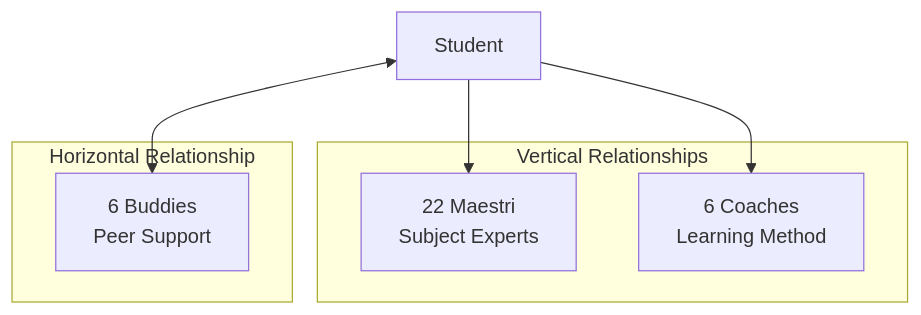
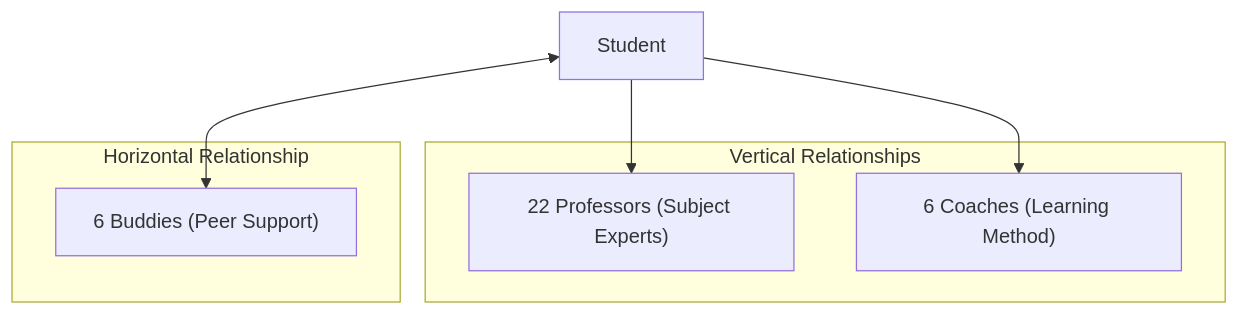
Before and after one commit to FightTheStroke/MirrorBuddy: diagram 14 of 50 in ARCHITECTURE-DIAGRAMS.md, drawn with Mermaid. The commit also changed other lines of this file, not shown here.

First line of the commit message:
docs(arch): rewrite diagrams in English, rename Maestri to Professors

````diff
--- a/ARCHITECTURE-DIAGRAMS.md
+++ b/ARCHITECTURE-DIAGRAMS.md
@@ -603,17 +602,17 @@
 ```mermaid
 graph TB
     Student[Student]
 
-    subgraph "Vertical Relationships"
-        Maestri[22 Maestri<br/>Subject Experts]
-        Coaches[6 Coaches<br/>Learning Method]
+    subgraph Vertical_Relationships["Vertical Relationships"]
+        Professors["22 Professors (Subject Experts)"]
+        Coaches["6 Coaches (Learning Method)"]
     end
 
-    subgraph "Horizontal Relationship"
-        Buddies[6 Buddies<br/>Peer Support]
+    subgraph Horizontal_Relationship["Horizontal Relationship"]
+        Buddies["6 Buddies (Peer Support)"]
     end
 
-    Student --> Maestri
+    Student --> Professors
     Student --> Coaches
     Student <--> Buddies
 ```
````
